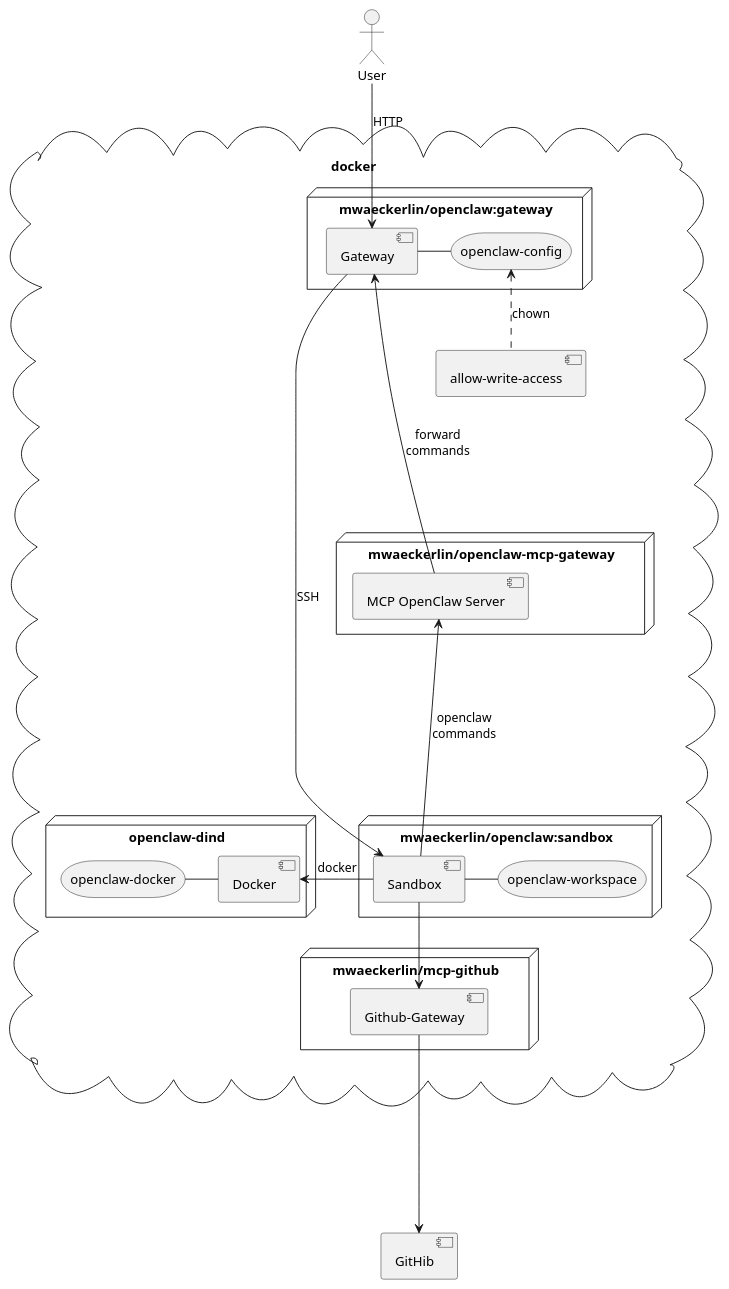
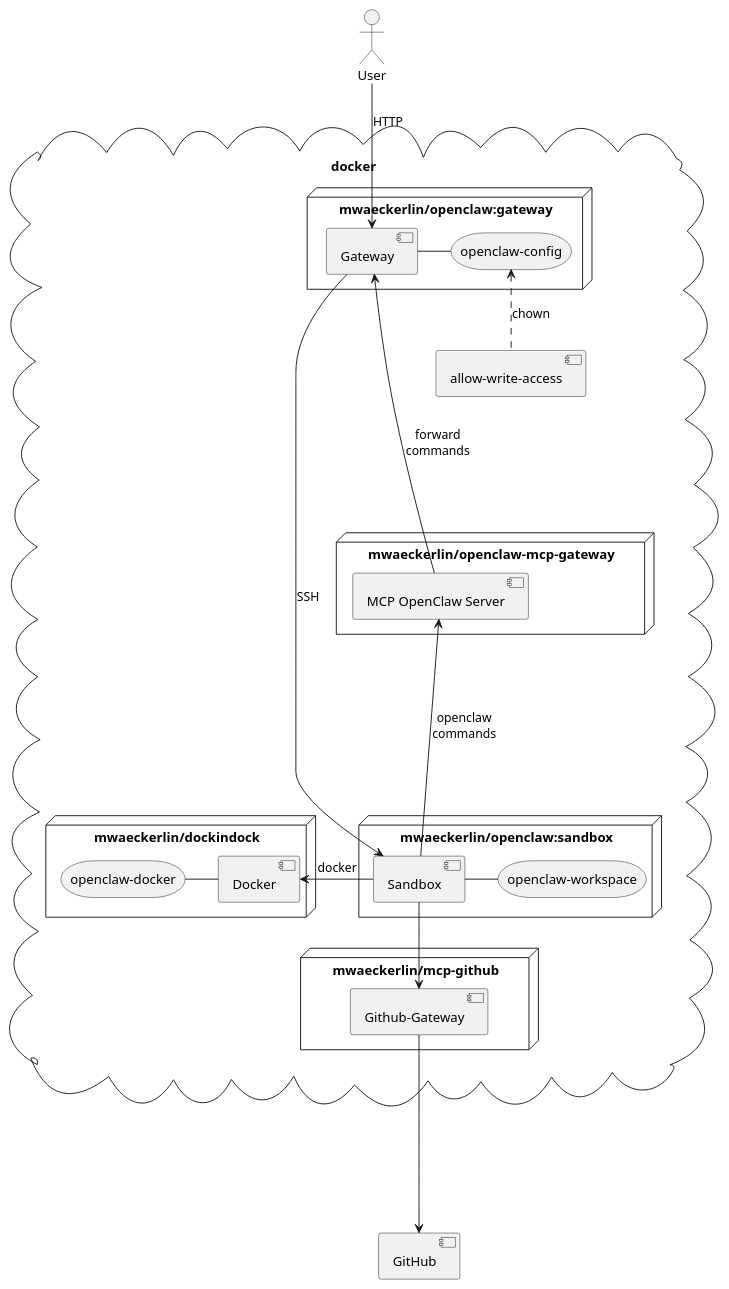
Before and after one commit to mwaeckerlin/openclaw: the second of 2 diagrams in README.md, drawn with PlantUML. The commit also changed other lines of this file and 14 other files, not shown here.

````diff
--- a/README.md
+++ b/README.md
@@ -92,46 +95,46 @@
 ```plantuml
 
 @startuml architecture
 actor User as user
 
 cloud docker {
 
   node "mwaeckerlin/openclaw:gateway" as gw {
     [Gateway] as ctrl
     storage "openclaw-config" as cfg
     ctrl - cfg
   }
 
   node "mwaeckerlin/openclaw-mcp-gateway" {
     [MCP OpenClaw Server] as mcp
   }
 
   node "mwaeckerlin/openclaw:sandbox" as sb {
     [Sandbox] as sshd
     storage "openclaw-workspace" as ws
     sshd -right- ws
   }
 
-  node "openclaw-dind" as dind {
+  node "mwaeckerlin/dockindock" as dind {
     [Docker] as dd
     storage "openclaw-docker" as dv
     dd -left- dv
   }
 
   node "mwaeckerlin/mcp-github" {
     [Github-Gateway] as gh
   }
 
   component "allow-write-access" as aw
 }
 
 user --> ctrl : "HTTP"
 ctrl --> sshd : "SSH"
 sshd --up--> mcp : openclaw\ncommands
 mcp --up--> ctrl : forward\ncommands
 sshd -left-> dd : docker
 aw .up.> cfg : chown
 sshd --> gh
-gh ----> [GitHib]
+gh ----> [GitHub]
 @enduml
 ```
````
